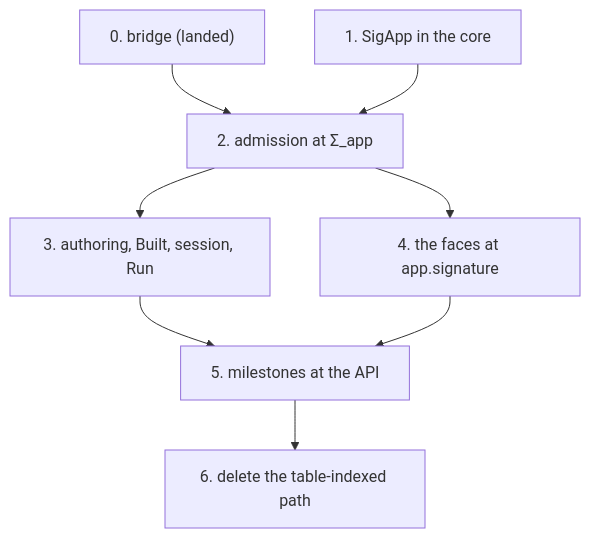
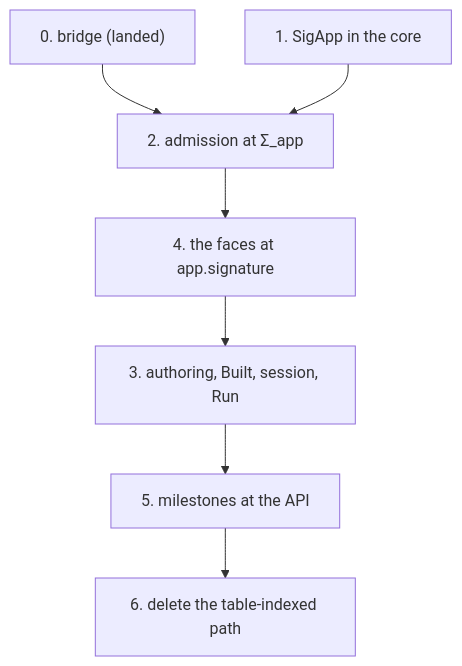
The diagram in docs/research/2026-10-04-claude-lead/sigapp-slice-plan.md (pure-algebra/lean4-effect4), drawn with Mermaid before and after one commit. The commit also changed other lines of this file and 4 other files, not shown here.

````diff
--- a/docs/research/2026-10-04-claude-lead/sigapp-slice-plan.md
+++ b/docs/research/2026-10-04-claude-lead/sigapp-slice-plan.md
@@ -67,10 +67,9 @@
 ```mermaid
 flowchart TD
   S0["0. bridge (landed)"] --> S2
   S1["1. SigApp in the core"] --> S2["2. admission at Σ_app"]
-  S2 --> S3["3. authoring, Built, session, Run"]
   S2 --> S4["4. the faces at app.signature"]
+  S4 --> S3["3. authoring, Built, session, Run"]
   S3 --> S5["5. milestones at the API"]
-  S4 --> S5
   S5 --> S6["6. delete the table-indexed path"]
 ```
````
